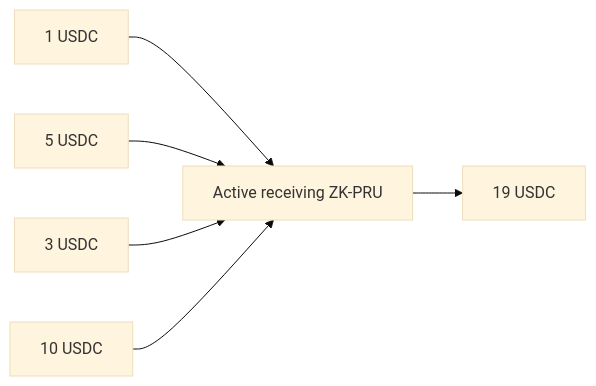
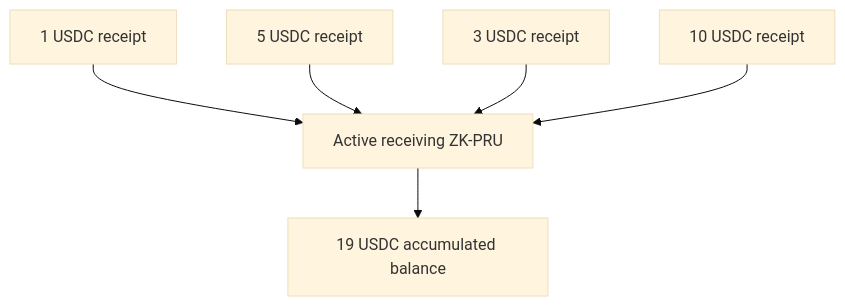
One commit to bigdreamsweb3/trustlink-pay changed the fourth of 4 diagrams in docs/tsn-transaction-explorer.md. Above: the diagram before and after it, drawn with Mermaid (base theme). The commit also changed other lines of this file and 37 other files, not shown here.

````diff
--- a/docs/tsn-transaction-explorer.md
+++ b/docs/tsn-transaction-explorer.md
@@ -81,8 +143,8 @@
 ```mermaid
-flowchart LR
-    A[1 USDC] --> P[Active receiving ZK-PRU]
-    B[5 USDC] --> P
-    C[3 USDC] --> P
-    D[10 USDC] --> P
-    P --> E[19 USDC]
+flowchart TD
+    A["1 USDC receipt"] --> P["Active receiving ZK-PRU"]
+    B["5 USDC receipt"] --> P
+    C["3 USDC receipt"] --> P
+    D["10 USDC receipt"] --> P
+    P --> E["19 USDC accumulated balance"]
 ```
````
